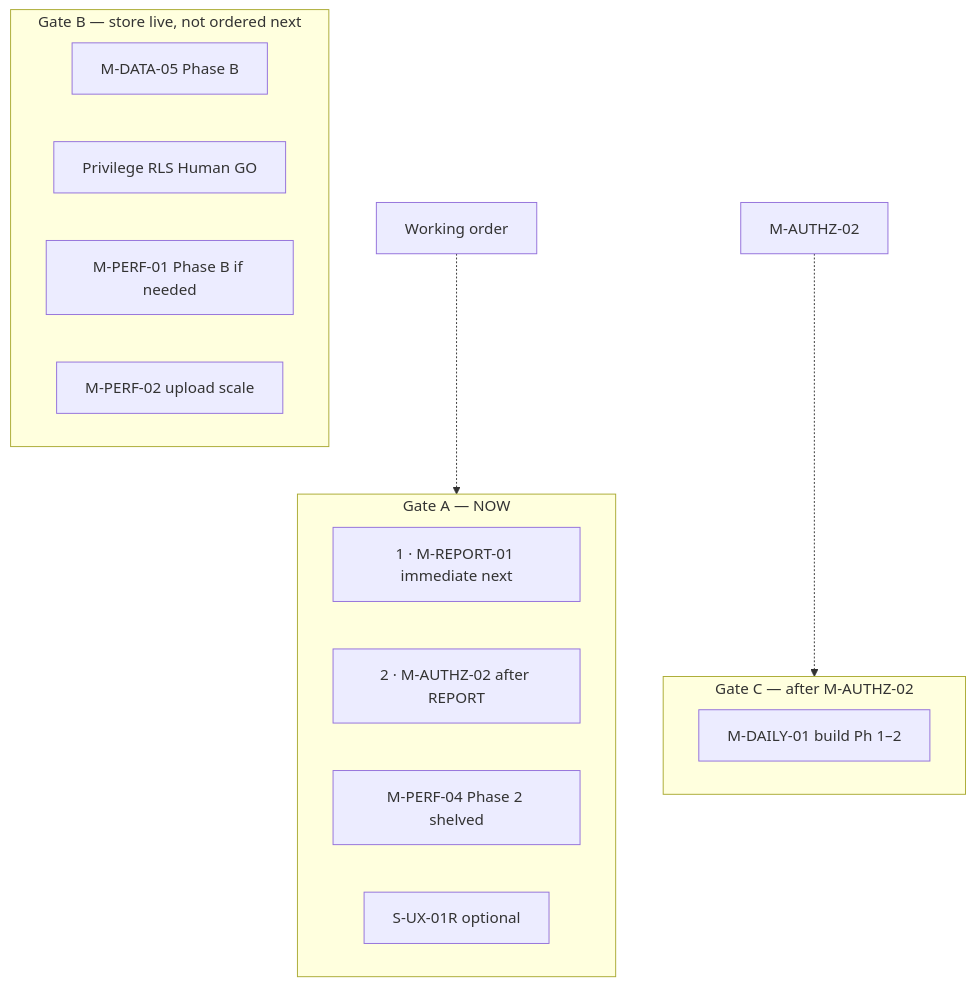
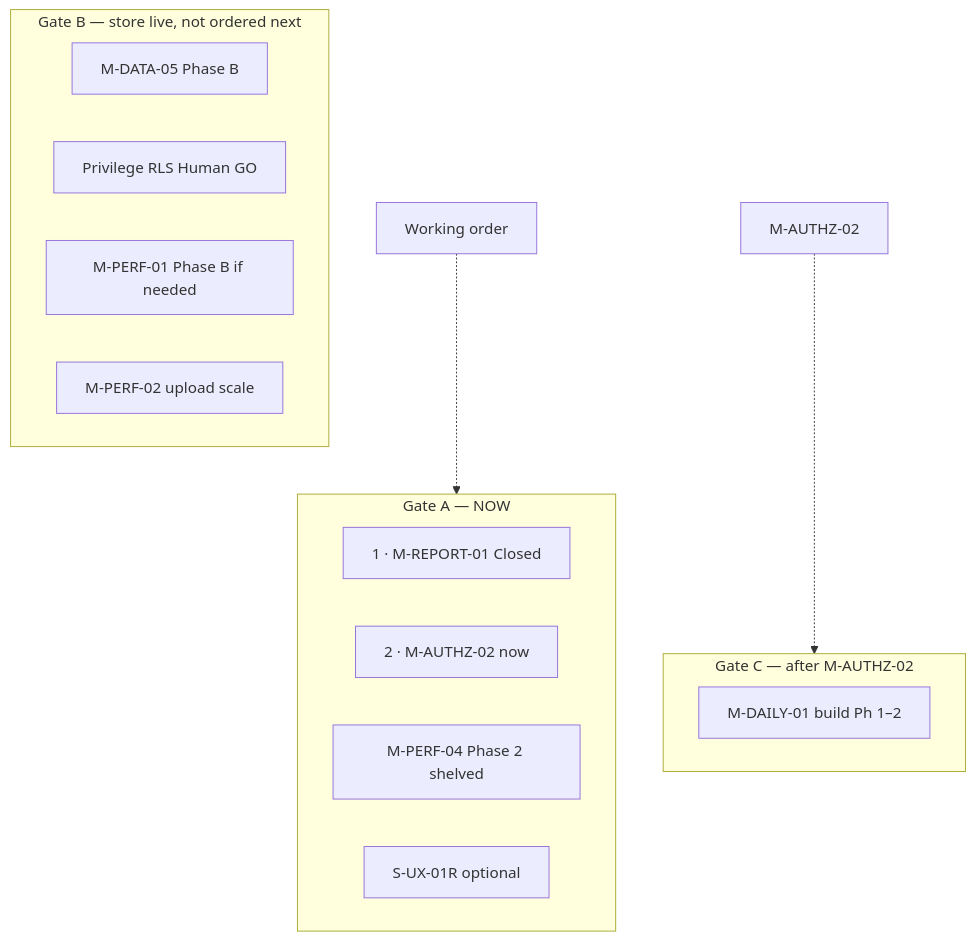
One commit to insitetechltd/buildtrack changed the second of 3 diagrams in documentation/ROADMAP.md. Above: the diagram before and after it, drawn with Mermaid. The commit also changed other lines of this file and 3 other files, not shown here.

````diff
--- a/documentation/ROADMAP.md
+++ b/documentation/ROADMAP.md
@@ -56,23 +56,23 @@
 ```mermaid
 flowchart TB
   subgraph gateA ["Gate A — NOW"]
-    REPORT["1 · M-REPORT-01 immediate next"]
-    AUTHZ["2 · M-AUTHZ-02 after REPORT"]
+    REPORT["1 · M-REPORT-01 Closed"]
+    AUTHZ["2 · M-AUTHZ-02 now"]
     P04["M-PERF-04 Phase 2 shelved"]
     UX01R["S-UX-01R optional"]
   end
 
   subgraph gateB ["Gate B — store live, not ordered next"]
     D05B["M-DATA-05 Phase B"]
     RLS["Privilege RLS Human GO"]
     P01B["M-PERF-01 Phase B if needed"]
     P02["M-PERF-02 upload scale"]
   end
 
   subgraph gateC ["Gate C — after M-AUTHZ-02"]
     DAILY["M-DAILY-01 build Ph 1–2"]
   end
 
   ORDER["Working order"] -.-> gateA
   A02["M-AUTHZ-02"] -.-> gateC
 ```
````
